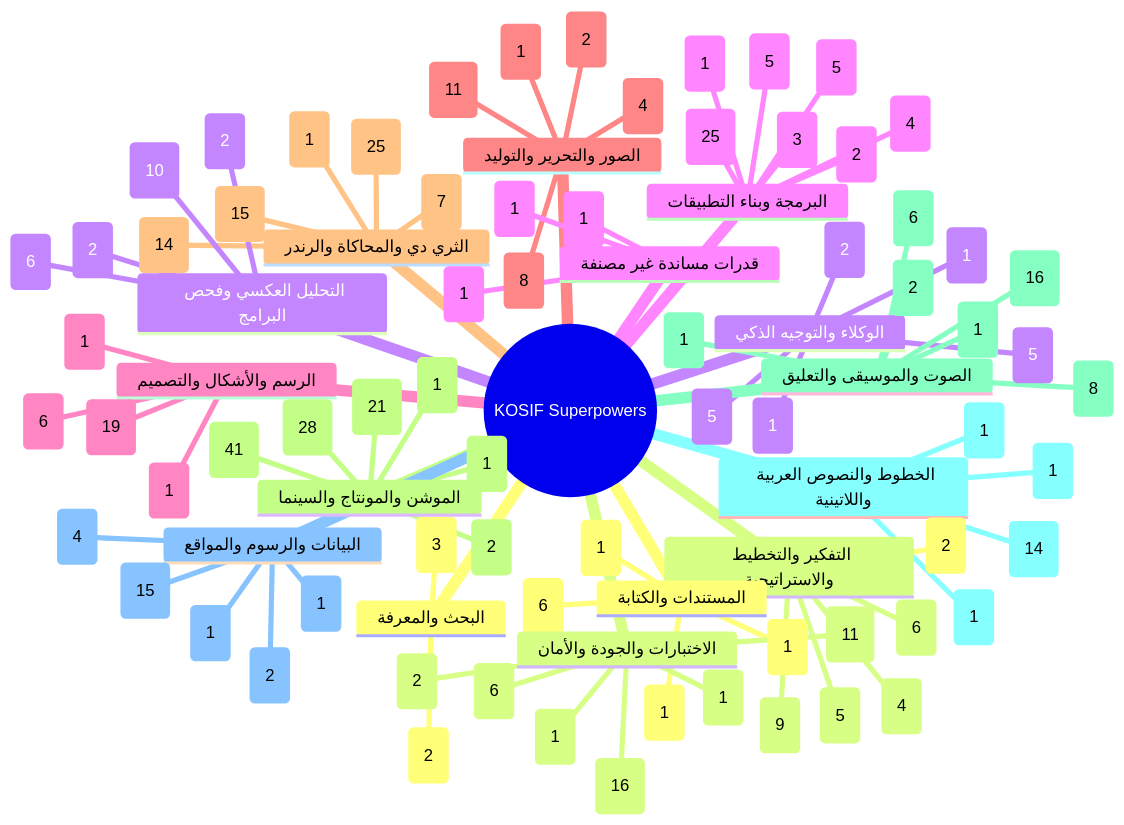
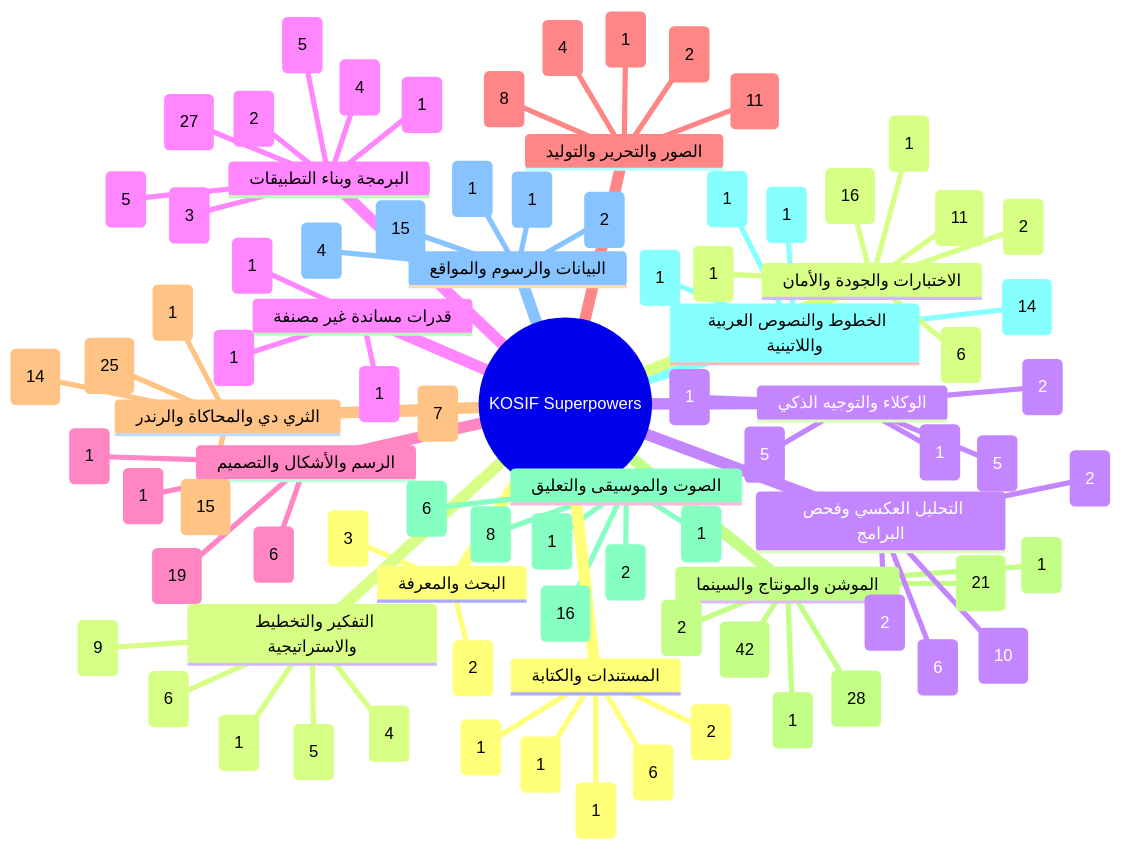
One commit to kosif199022-jpg/kosif-tool changed the first of 13 diagrams in .claude/skills/kosif-superpowers/references/capability-mindmap.md. Above: the diagram before and after it, drawn with Mermaid. The commit also changed other lines of this file and 37 other files, not shown here.

```diff
--- a/.claude/skills/kosif-superpowers/references/capability-mindmap.md
+++ b/.claude/skills/kosif-superpowers/references/capability-mindmap.md
@@ -33,10 +33,11 @@
       افهم المادة (3)
       اصنع (2)
     التفكير والتخطيط والاستراتيجية
-      افهم المادة (5)
+      افهم المادة (4)
       خطّط وقرّر (9)
       اصنع (6)
-      تحقّق (4)
+      جمّع وارندر (1)
+      تحقّق (5)
     الوكلاء والتوجيه الذكي
       افهم المادة (5)
       خطّط وقرّر (1)
@@ -46,7 +47,7 @@
     البرمجة وبناء التطبيقات
       افهم المادة (5)
       خطّط وقرّر (5)
-      اصنع (25)
+      اصنع (27)
       حسّن واصقل (2)
       جمّع وارندر (3)
       تحقّق (4)
@@ -71,7 +72,7 @@
     الموشن والمونتاج والسينما
       افهم المادة (1)
       خطّط وقرّر (21)
-      اصنع (41)
+      اصنع (42)
       حسّن واصقل (28)
       جمّع وارندر (1)
       سلّم وانشر (2)
```
